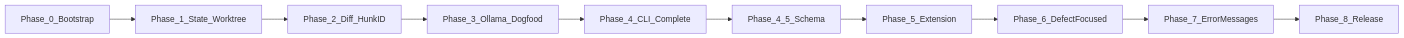
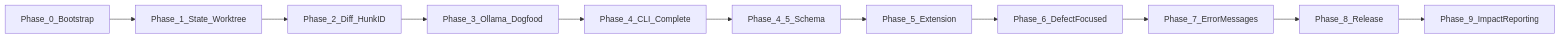
One commit to beettlle/stet changed the diagram in docs/implementation-plan.md. Above: the diagram before and after it, drawn with Mermaid. The commit also changed other lines of this file and 6 other files, not shown here.

First line of the commit message:
feat: implement impact reporting with `stet stats` command for metrics aggregation

````diff
--- a/docs/implementation-plan.md
+++ b/docs/implementation-plan.md
@@ -43,11 +44,12 @@
 ```mermaid
 flowchart LR
   P0[Phase_0_Bootstrap] --> P1[Phase_1_State_Worktree]
   P1 --> P2[Phase_2_Diff_HunkID]
   P2 --> P3[Phase_3_Ollama_Dogfood]
   P3 --> P4[Phase_4_CLI_Complete]
   P4 --> P4_5[Phase_4_5_Schema] --> P5[Phase_5_Extension]
   P5 --> P6[Phase_6_DefectFocused]
   P6 --> P7[Phase_7_ErrorMessages]
   P7 --> P8[Phase_8_Release]
+  P8 --> P9[Phase_9_ImpactReporting]
 ```
````
